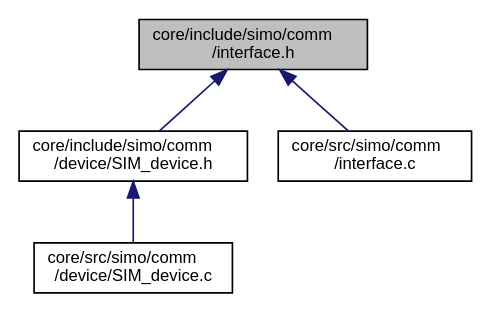
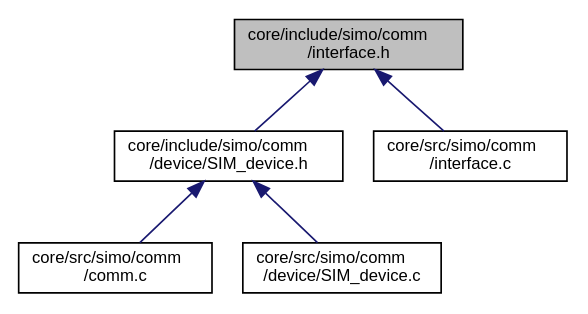
Before and after one commit to Germanvelardez2018/simo.v2: the diagram in docs/interface_8h__dep__incl.dot, drawn with Graphviz. The commit also changed 212 other files, not shown here.

```diff
--- a/docs/interface_8h__dep__incl.dot
+++ b/docs/interface_8h__dep__incl.dot
@@ -1,13 +1,15 @@
 digraph "core/include/simo/comm/interface.h"
 {
  // LATEX_PDF_SIZE
   edge [fontname="Helvetica",fontsize="10",labelfontname="Helvetica",labelfontsize="10"];
   node [fontname="Helvetica",fontsize="10",shape=record];
   Node1 [label="core/include/simo/comm\l/interface.h",height=0.2,width=0.4,color="black", fillcolor="grey75", style="filled", fontcolor="black",tooltip="Interfaz para manejar separar el hardware del los objetos comm."];
   Node1 -> Node2 [dir="back",color="midnightblue",fontsize="10",style="solid",fontname="Helvetica"];
   Node2 [label="core/include/simo/comm\l/device/SIM_device.h",height=0.2,width=0.4,color="black", fillcolor="white", style="filled",URL="$_s_i_m__device_8h.html",tooltip="Driver para el manejo de modulos SIM7000G(NIVEL 1). Depende de SIMO UART."];
   Node2 -> Node3 [dir="back",color="midnightblue",fontsize="10",style="solid",fontname="Helvetica"];
-  Node3 [label="core/src/simo/comm\l/device/SIM_device.c",height=0.2,width=0.4,color="black", fillcolor="white", style="filled",URL="$_s_i_m__device_8c.html",tooltip=" "];
-  Node1 -> Node4 [dir="back",color="midnightblue",fontsize="10",style="solid",fontname="Helvetica"];
-  Node4 [label="core/src/simo/comm\l/interface.c",height=0.2,width=0.4,color="black", fillcolor="white", style="filled",URL="$interface_8c.html",tooltip="Implementacion del interfacez para abstraer hardware."];
+  Node3 [label="core/src/simo/comm\l/comm.c",height=0.2,width=0.4,color="black", fillcolor="white", style="filled",URL="$comm_8c.html",tooltip="API para la comunicacion del sistema."];
+  Node2 -> Node4 [dir="back",color="midnightblue",fontsize="10",style="solid",fontname="Helvetica"];
+  Node4 [label="core/src/simo/comm\l/device/SIM_device.c",height=0.2,width=0.4,color="black", fillcolor="white", style="filled",URL="$_s_i_m__device_8c.html",tooltip=" "];
+  Node1 -> Node5 [dir="back",color="midnightblue",fontsize="10",style="solid",fontname="Helvetica"];
+  Node5 [label="core/src/simo/comm\l/interface.c",height=0.2,width=0.4,color="black", fillcolor="white", style="filled",URL="$interface_8c.html",tooltip="Implementacion del interfacez para abstraer hardware."];
 }
```
